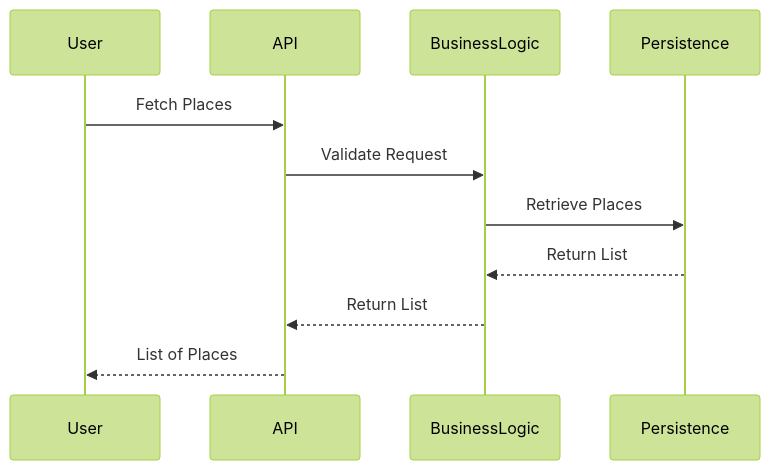
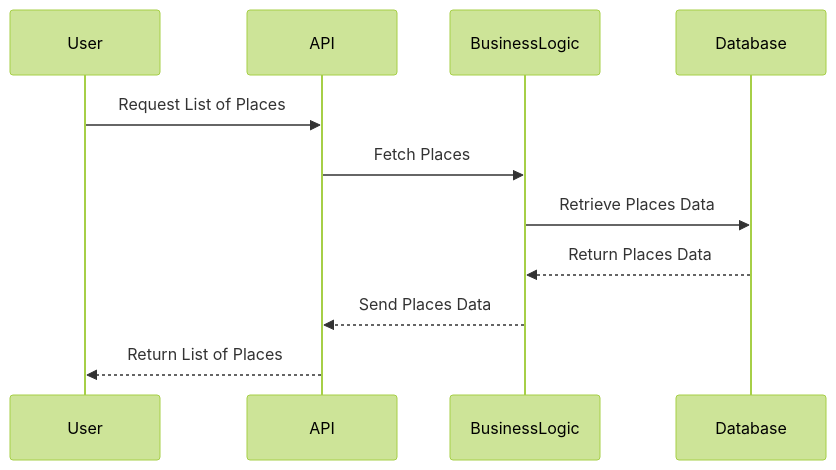
Before and after one commit to SDINAHET/HBnB: the sixth of 6 diagrams in Part1_UML/README.md, drawn with Mermaid (forest theme). The commit also changed other lines of this file and 1 other file, not shown here.

````diff
--- a/Part1_UML/README.md
+++ b/Part1_UML/README.md
@@ -150,14 +185,14 @@
 ```mermaid
 sequenceDiagram
-	participant User
-	participant API
-	participant BusinessLogic
-	participant Persistence
+participant User
+participant API
+participant BusinessLogic
+participant Database
 
-	User->>API: Fetch Places
-	API->>BusinessLogic: Validate Request
-	BusinessLogic->>Persistence: Retrieve Places
-	Persistence-->>BusinessLogic: Return List
-	BusinessLogic-->>API: Return List
-	API-->>User: List of Places
+User->>API: Request List of Places
+API->>BusinessLogic: Fetch Places
+BusinessLogic->>Database: Retrieve Places Data
+Database-->>BusinessLogic: Return Places Data
+BusinessLogic-->>API: Send Places Data
+API-->>User: Return List of Places
 ```
````
